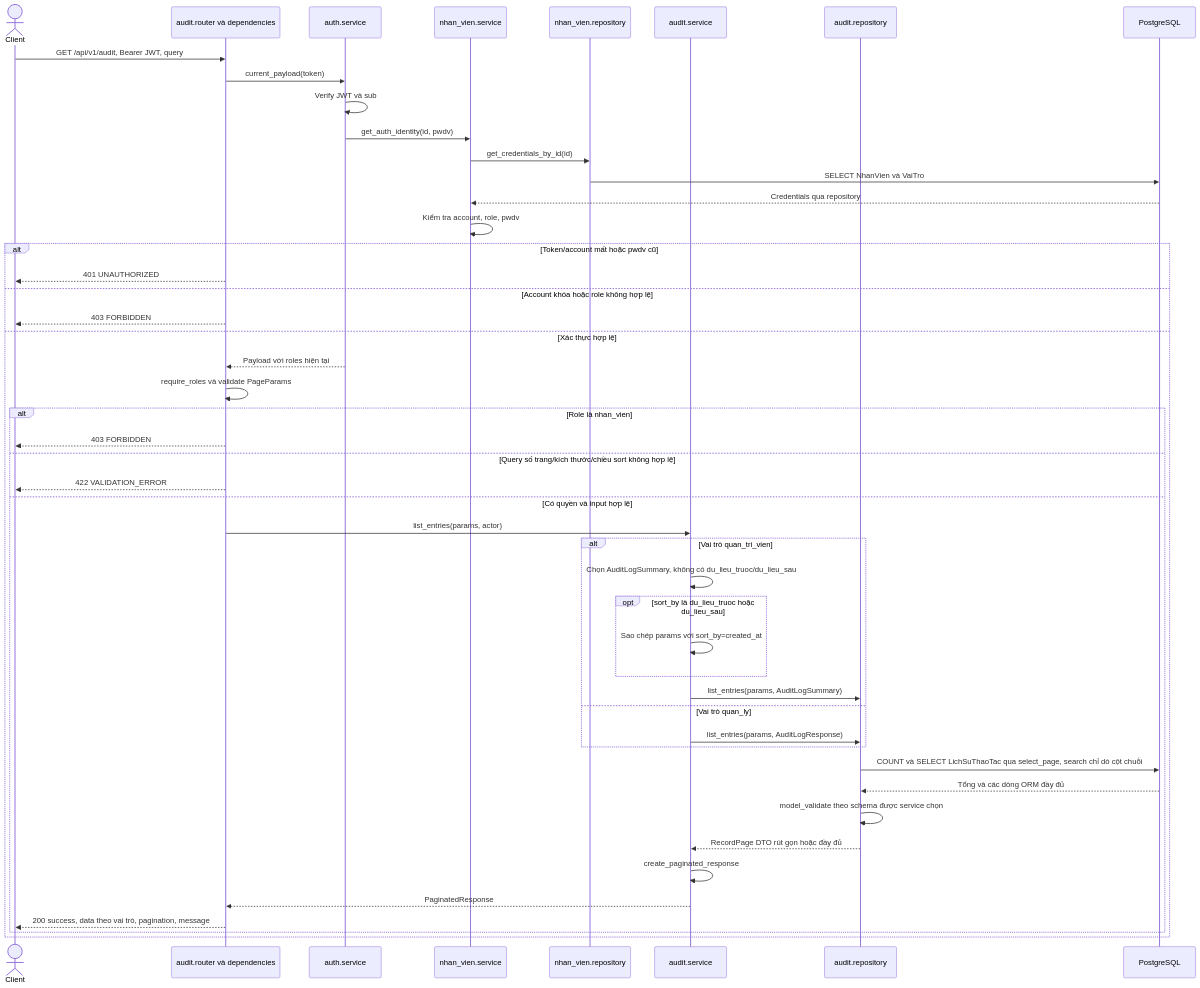
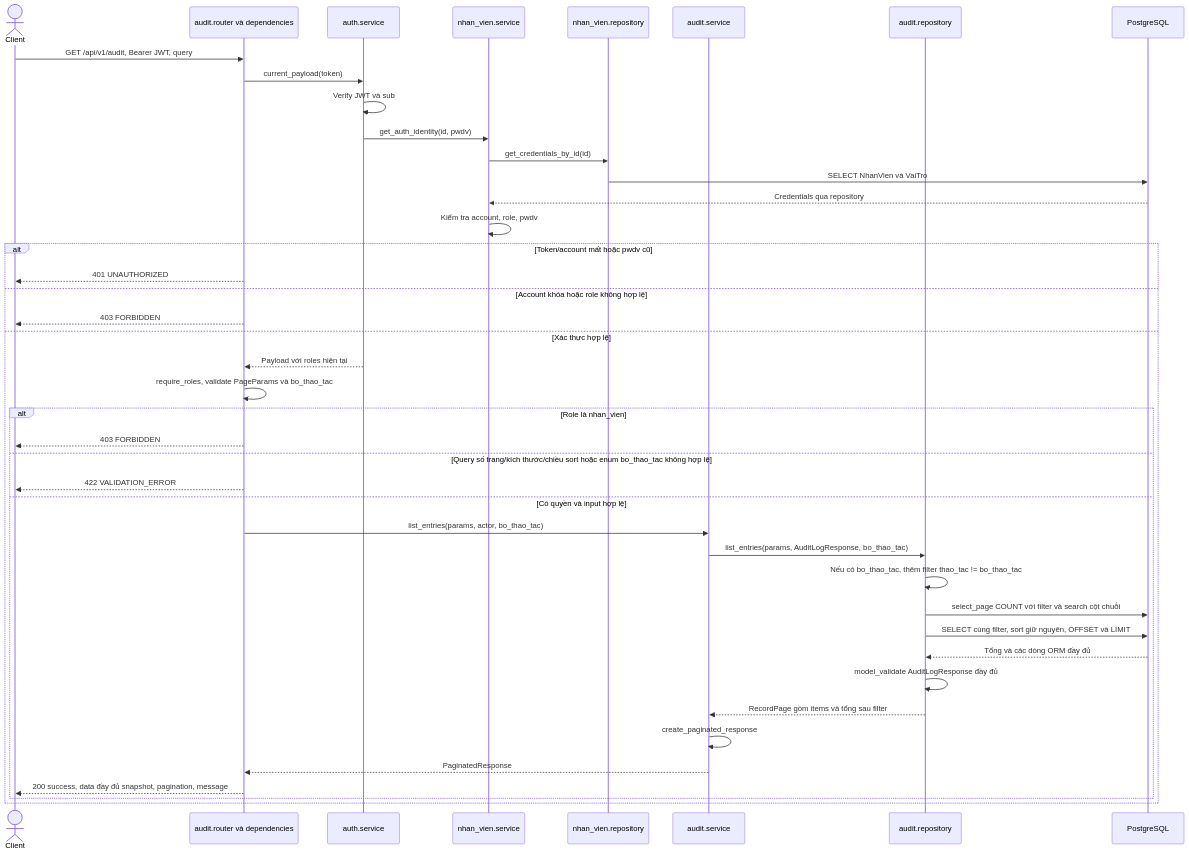
The diagram in docs/sequence/audit.md (thanhklt/xbike-mrp-system), drawn with Mermaid before and after one commit. The commit also changed other lines of this file and 26 other files, not shown here.

````diff
--- a/docs/sequence/audit.md
+++ b/docs/sequence/audit.md
@@ -10,50 +10,44 @@
 ```mermaid
 sequenceDiagram
     actor C as Client
     participant R as audit.router và dependencies
     participant A as auth.service
     participant N as nhan_vien.service
     participant NP as nhan_vien.repository
     participant S as audit.service
     participant P as audit.repository
     participant DB as PostgreSQL
     C->>R: GET /api/v1/audit, Bearer JWT, query
     R->>A: current_payload(token)
     A->>A: Verify JWT và sub
     A->>N: get_auth_identity(id, pwdv)
     N->>NP: get_credentials_by_id(id)
     NP->>DB: SELECT NhanVien và VaiTro
     DB-->>N: Credentials qua repository
     N->>N: Kiểm tra account, role, pwdv
     alt Token/account mất hoặc pwdv cũ
         R-->>C: 401 UNAUTHORIZED
     else Account khóa hoặc role không hợp lệ
         R-->>C: 403 FORBIDDEN
     else Xác thực hợp lệ
         A-->>R: Payload với roles hiện tại
-        R->>R: require_roles và validate PageParams
+        R->>R: require_roles, validate PageParams và bo_thao_tac
         alt Role là nhan_vien
             R-->>C: 403 FORBIDDEN
-        else Query số trang/kích thước/chiều sort không hợp lệ
+        else Query số trang/kích thước/chiều sort hoặc enum bo_thao_tac không hợp lệ
             R-->>C: 422 VALIDATION_ERROR
         else Có quyền và input hợp lệ
-            R->>S: list_entries(params, actor)
-            alt Vai trò quan_tri_vien
-                S->>S: Chọn AuditLogSummary, không có du_lieu_truoc/du_lieu_sau
-                opt sort_by là du_lieu_truoc hoặc du_lieu_sau
-                    S->>S: Sao chép params với sort_by=created_at
-                end
-                S->>P: list_entries(params, AuditLogSummary)
-            else Vai trò quan_ly
-                S->>P: list_entries(params, AuditLogResponse)
-            end
-            P->>DB: COUNT và SELECT LichSuThaoTac qua select_page, search chỉ dò cột chuỗi
+            R->>S: list_entries(params, actor, bo_thao_tac)
+            S->>P: list_entries(params, AuditLogResponse, bo_thao_tac)
+            P->>P: Nếu có bo_thao_tac, thêm filter thao_tac != bo_thao_tac
+            P->>DB: select_page COUNT với filter và search cột chuỗi
+            P->>DB: SELECT cùng filter, sort giữ nguyên, OFFSET và LIMIT
             DB-->>P: Tổng và các dòng ORM đầy đủ
-            P->>P: model_validate theo schema được service chọn
-            P-->>S: RecordPage DTO rút gọn hoặc đầy đủ
+            P->>P: model_validate AuditLogResponse đầy đủ
+            P-->>S: RecordPage gồm items và tổng sau filter
             S->>S: create_paginated_response
             S-->>R: PaginatedResponse
-            R-->>C: 200 success, data theo vai trò, pagination, message
+            R-->>C: 200 success, data đầy đủ snapshot, pagination, message
         end
     end
 ```
````
